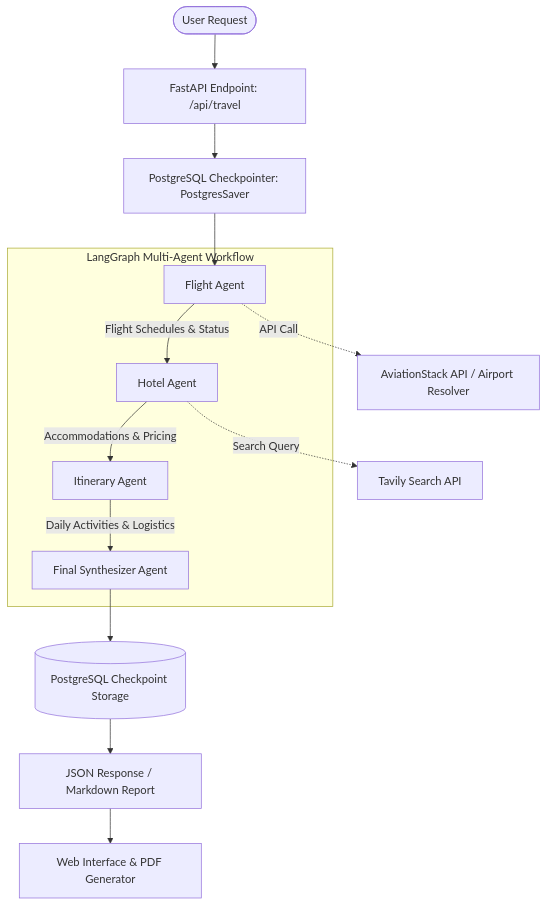
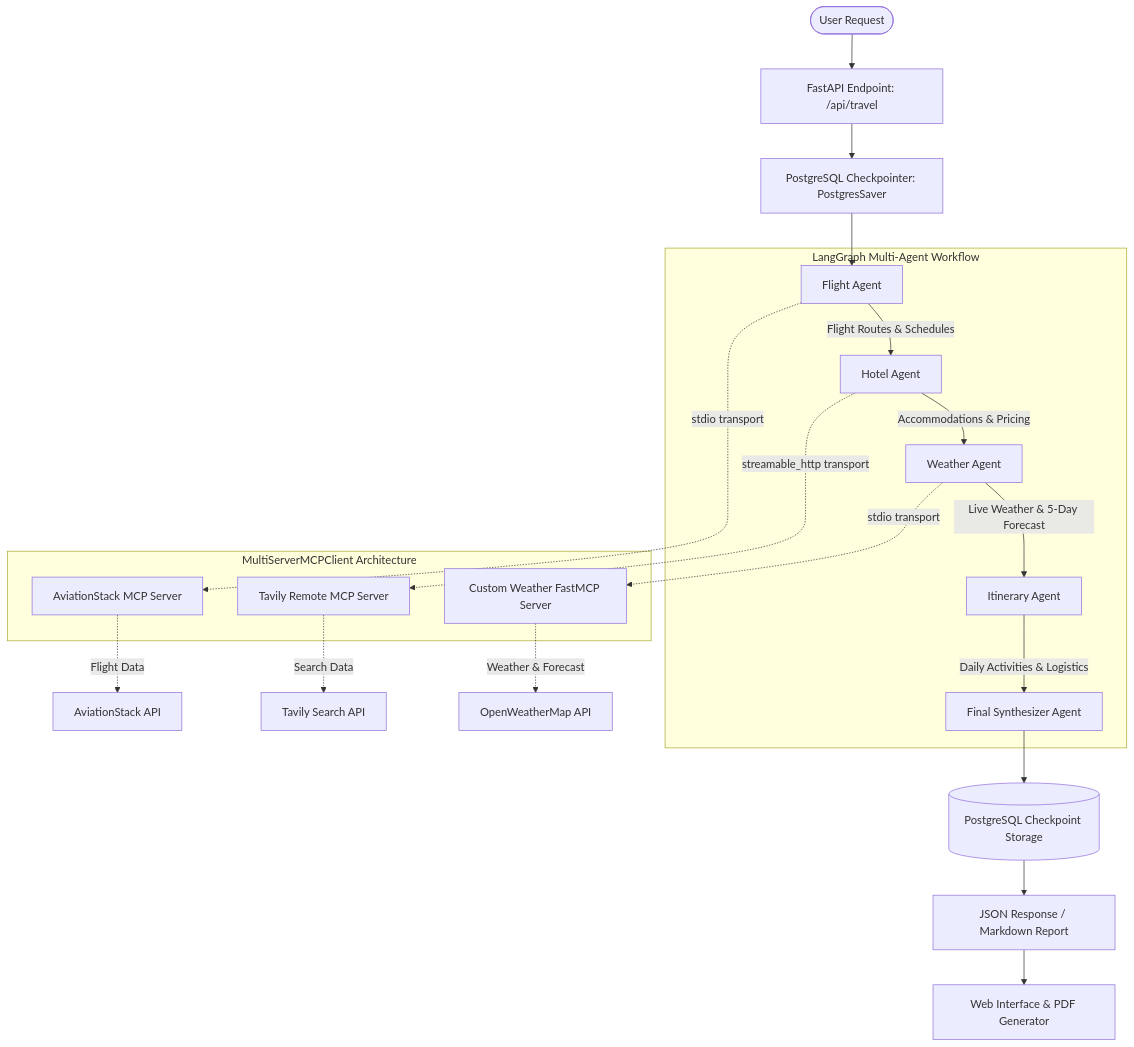
Before and after one commit to PrathmeshRanjan/tripmate-ai: the diagram in README.md, drawn with Mermaid. The commit also changed other lines of this file and 2 other files, not shown here.

Commit message:
Update environment configuration and enhance README for weather integration

````diff
--- a/README.md
+++ b/README.md
@@ -17,19 +17,27 @@
 ```mermaid
 flowchart TD
     User([User Request]) --> API[FastAPI Endpoint: /api/travel]
     API --> Checkpointer[PostgreSQL Checkpointer: PostgresSaver]
     Checkpointer --> FlightAgent[Flight Agent]
     
     subgraph AgentPipeline [LangGraph Multi-Agent Workflow]
-        FlightAgent -->|Flight Schedules & Status| HotelAgent[Hotel Agent]
-        HotelAgent -->|Accommodations & Pricing| ItineraryAgent[Itinerary Agent]
+        FlightAgent -->|Flight Routes & Schedules| HotelAgent[Hotel Agent]
+        HotelAgent -->|Accommodations & Pricing| WeatherAgent[Weather Agent]
+        WeatherAgent -->|Live Weather & 5-Day Forecast| ItineraryAgent[Itinerary Agent]
         ItineraryAgent -->|Daily Activities & Logistics| FinalAgent[Final Synthesizer Agent]
     end
     
-    FlightAgent -.->|API Call| AviationStack[AviationStack API / Airport Resolver]
-    HotelAgent -.->|Search Query| Tavily[Tavily Search API]
+    subgraph MCPClient [MultiServerMCPClient Architecture]
+        FlightAgent -.->|stdio transport| MCP_Aviation[AviationStack MCP Server]
+        HotelAgent -.->|streamable_http transport| MCP_Tavily[Tavily Remote MCP Server]
+        WeatherAgent -.->|stdio transport| MCP_Weather[Custom Weather FastMCP Server]
+    end
+    
+    MCP_Aviation -.->|Flight Data| AviationAPI[AviationStack API]
+    MCP_Tavily -.->|Search Data| TavilyAPI[Tavily Search API]
+    MCP_Weather -.->|Weather & Forecast| OpenWeatherAPI[OpenWeatherMap API]
     
     FinalAgent --> StateSave[(PostgreSQL Checkpoint Storage)]
     StateSave --> Response[JSON Response / Markdown Report]
     Response --> UI[Web Interface & PDF Generator]
 ```
````
